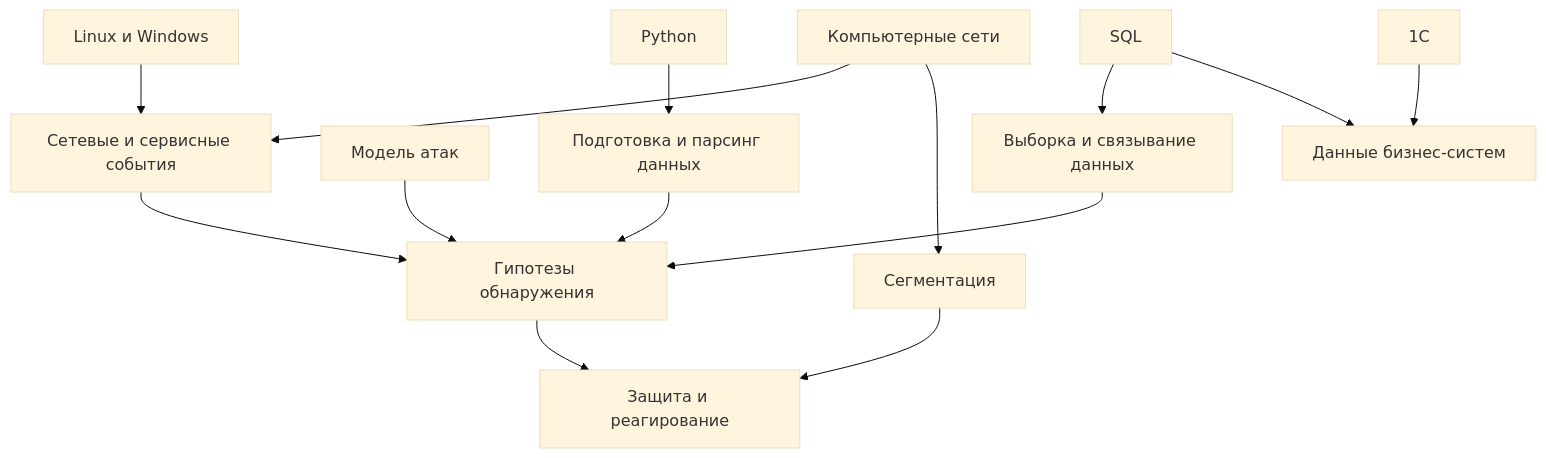
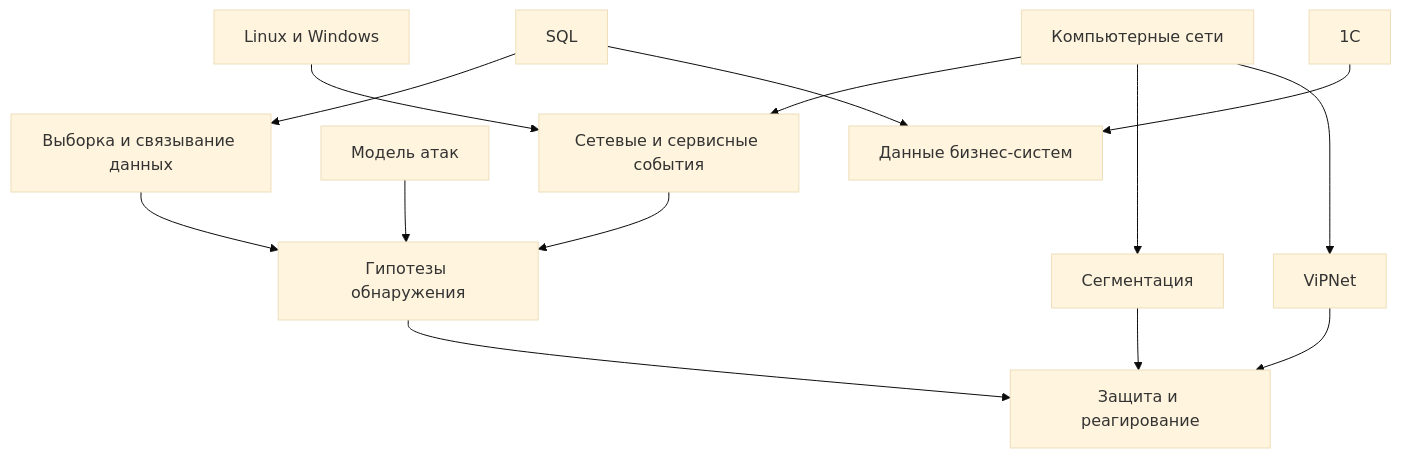
Before and after one commit to HackCtrl/Knowledge-Base: the diagram in 20 — Обучение/Активные курсы/00 — Карта профессионального развития/04 — Синергия активных курсов.md, drawn with Mermaid (base theme). The commit also changed other lines of this file and 49 other files, not shown here.

````diff
--- a/20 — Обучение/Активные курсы/00 — Карта профессионального развития/04 — Синергия активных курсов.md
+++ b/20 — Обучение/Активные курсы/00 — Карта профессионального развития/04 — Синергия активных курсов.md
@@ -96,16 +94,16 @@
 ```mermaid
 flowchart TB
     NET[Компьютерные сети] --> LOG[Сетевые и сервисные события]
     LINUX[Linux и Windows] --> LOG
     CYBER[Модель атак] --> DET[Гипотезы обнаружения]
     LOG --> DET
-    PY[Python] --> AUTO[Подготовка и парсинг данных]
     SQL[SQL] --> DATA[Выборка и связывание данных]
-    AUTO --> DET
     DATA --> DET
     DET --> RESP[Защита и реагирование]
     NET --> SEG[Сегментация]
     SEG --> RESP
     SQL --> APP[Данные бизнес-систем]
     ONEC[1С] --> APP
+    NET --> VPN[ViPNet]
+    VPN --> RESP
 ```
````
